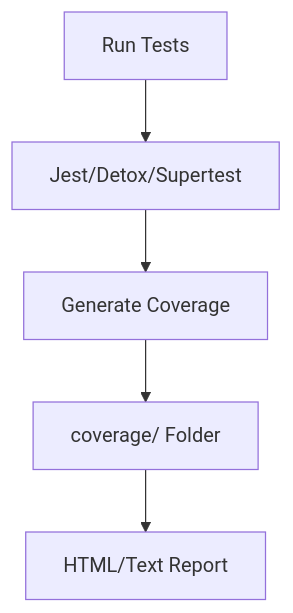
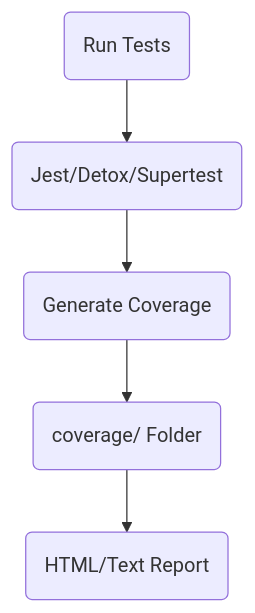
The second of 2 diagrams in HUX/HUXtesting.md (mohan-slack/HUX), drawn with Mermaid before and after one commit. The commit also changed other lines of this file and 3 other files, not shown here.

Commit message:
fixed diagrams

````diff
--- a/HUX/HUXtesting.md
+++ b/HUX/HUXtesting.md
@@ -96,13 +96,13 @@
 ```mermaid
 flowchart TD
-  TestRun[Run Tests]
-  Jest[Jest/Detox/Supertest]
-  Coverage[Generate Coverage]
-  Folder[coverage/ Folder]
-  Report[HTML/Text Report]
+  TestRun(Run Tests)
+  Jest(Jest/Detox/Supertest)
+  Coverage(Generate Coverage)
+  Folder(coverage/ Folder)
+  Report(HTML/Text Report)
 
   TestRun --> Jest
   Jest --> Coverage
   Coverage --> Folder
   Folder --> Report
 ```
````
